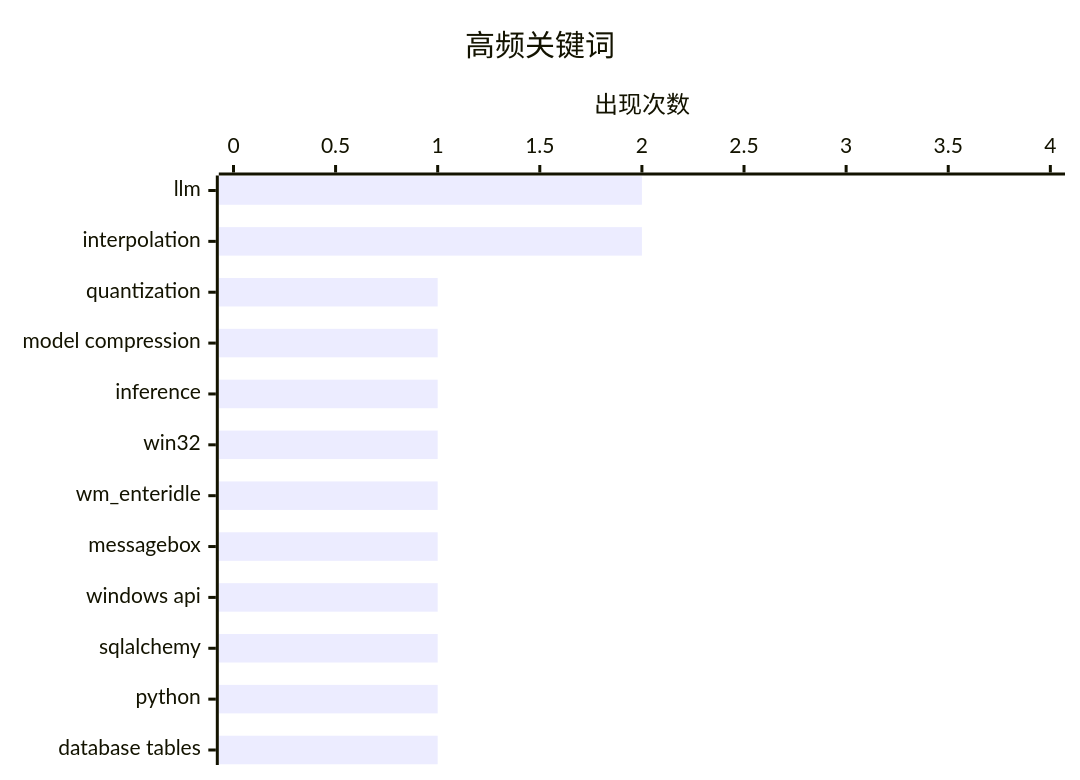
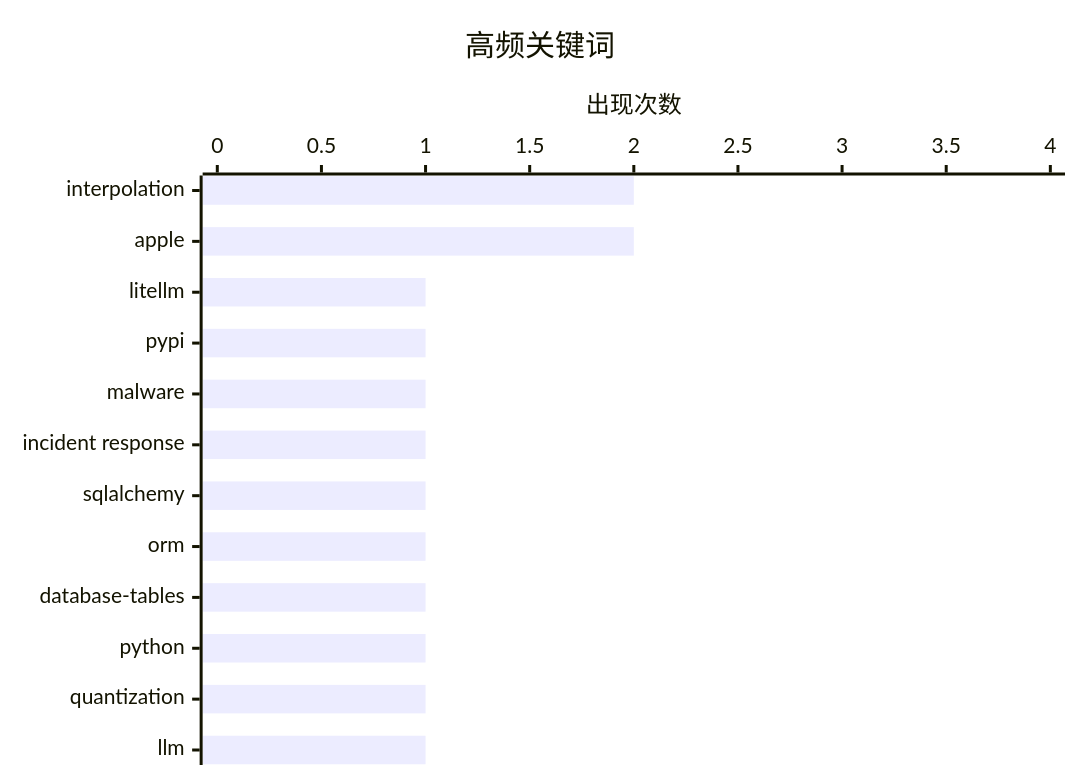
The second of 2 diagrams in content/ai-daily/2026-03-27.md (originem0/SZBlog), drawn with Mermaid before and after one commit. The commit also changed other lines of this file, not shown here.

````diff
--- a/content/ai-daily/2026-03-27.md
+++ b/content/ai-daily/2026-03-27.md
@@ -67,7 +67,7 @@
 ```mermaid
 xychart-beta horizontal
     title "高频关键词"
-    x-axis ["llm", "interpolation", "quantization", "model compression", "inference", "win32", "wm_enteridle", "messagebox", "windows api", "sqlalchemy", "python", "database tables"]
+    x-axis ["interpolation", "apple", "litellm", "pypi", "malware", "incident response", "sqlalchemy", "orm", "database-tables", "python", "quantization", "llm"]
     y-axis "出现次数" 0 --> 4
     bar [2, 2, 1, 1, 1, 1, 1, 1, 1, 1, 1, 1]
 ```
````
